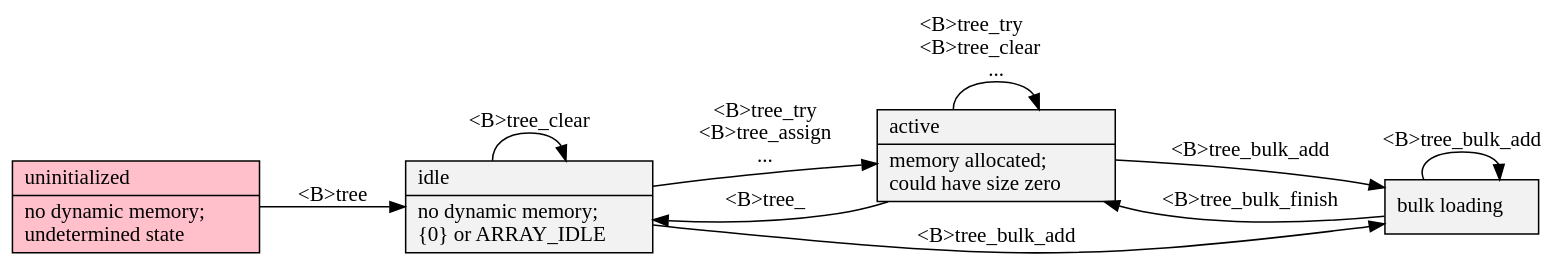
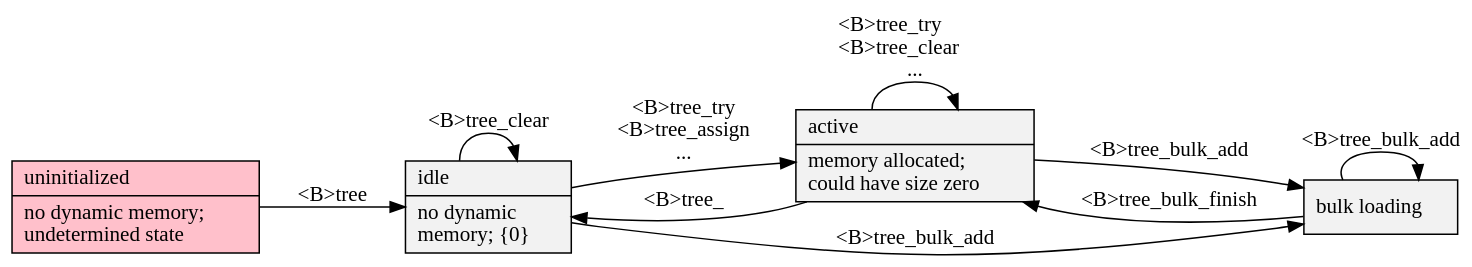
The diagram in doc/tree/states.gv (neil-edelman/boxes), drawn with Graphviz before and after one commit. The commit also changed 27 other files, not shown here.

```diff
--- a/doc/tree/states.gv
+++ b/doc/tree/states.gv
@@ -1,18 +1,18 @@
 digraph {
 	graph [rankdir=LR, truecolor=true, bgcolor=transparent, fontname="Bitstream Vera Sans"];
 	node [shape=record, style=filled, fillcolor="Grey95", fontname="Bitstream Vera Sans"];
 	edge [fontname="Bitstream Vera Sans"];
 	null [label = "uninitialized\l|no dynamic memory;\lundetermined state\l", fillcolor = pink];
-	static [label = "idle\l|no dynamic memory;\l\{0\} or ARRAY_IDLE\l"];
+	static [label = "idle\l|no dynamic\lmemory; \{0\}\l"];
 	dynamic [label = "active\l|memory allocated;\lcould have size zero\l"];
 	bulk [label = "bulk loading\l"]
 	null -> static [label = "<B>tree"];
 	static -> dynamic [label = "<B>tree_try\n<B>tree_assign\n..."];
 	static -> bulk [label = "<B>tree_bulk_add"];
 	dynamic -> bulk [label = "<B>tree_bulk_add"];
 	bulk -> bulk [label = "<B>tree_bulk_add"];
 	bulk -> dynamic [label = "<B>tree_bulk_finish"];
 	dynamic -> static [label = "<B>tree_"];
 	static -> static [label = "<B>tree_clear"]
 	dynamic -> dynamic [label = "<B>tree_try\l<B>tree_clear\l...\n"]
 }
```
